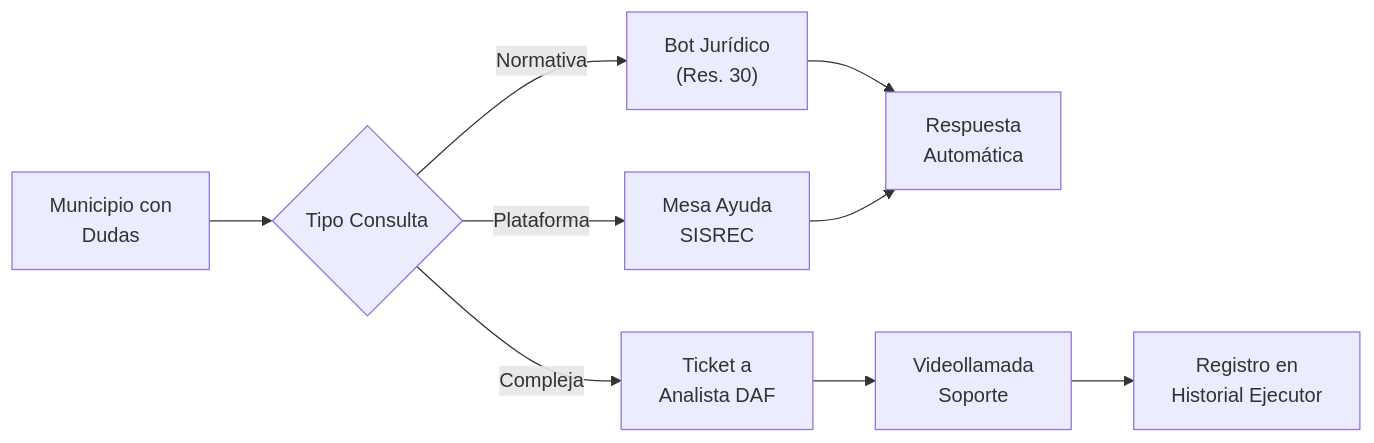
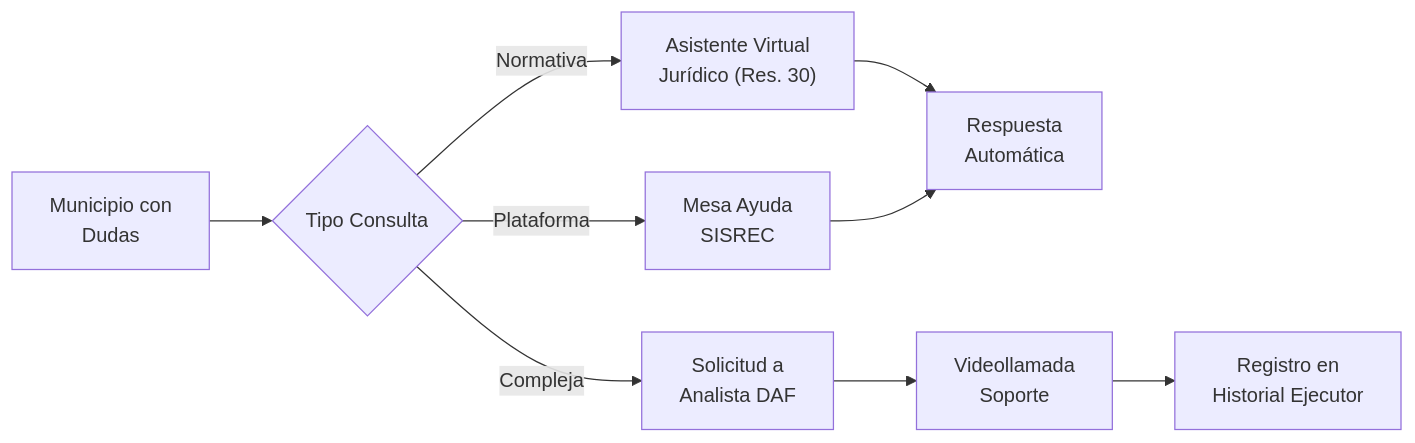
Diagram 18 of 18 in docs/blueprint/domains/domain_d-fin.md (felix-antonio-sl/gore_os), drawn with Mermaid before and after one commit. The commit also changed other lines of this file and 26 other files, not shown here.

````diff
--- a/docs/blueprint/domains/domain_d-fin.md
+++ b/docs/blueprint/domains/domain_d-fin.md
@@ -710,12 +834,12 @@
 ```mermaid
 flowchart LR
     A["Municipio con<br/>Dudas"] --> B{"Tipo Consulta"}
-    B -->|"Normativa"| C["Bot Jurídico<br/>(Res. 30)"]
+    B -->|"Normativa"| C["Asistente Virtual<br/>Jurídico (Res. 30)"]
     B -->|"Plataforma"| D["Mesa Ayuda<br/>SISREC"]
-    B -->|"Compleja"| E["Ticket a<br/>Analista DAF"]
+    B -->|"Compleja"| E["Solicitud a<br/>Analista DAF"]
     
     C & D --> F["Respuesta<br/>Automática"]
     E --> G["Videollamada<br/>Soporte"]
     
     G --> H["Registro en<br/>Historial Ejecutor"]
 ```
````
